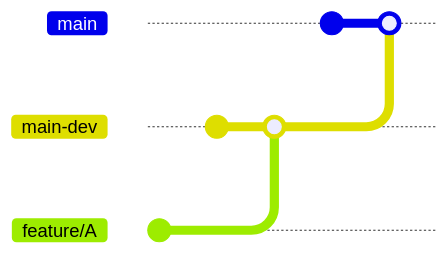
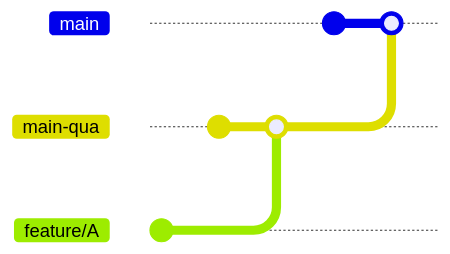
One commit to petitess/markdown changed the first of 4 diagrams in mermaid04.md. Above: the diagram before and after it, drawn with Mermaid. Commit ids are hidden.

````diff
--- a/mermaid04.md
+++ b/mermaid04.md
@@ -1,13 +1,13 @@
 ```mermaid
 
 gitGraph
-       branch main-dev
+       branch main-qua
        branch feature/A
        commit
-       checkout main-dev
+       checkout main-qua
        commit
        merge feature/A
        checkout main
        commit
-       merge main-dev
+       merge main-qua
 ```
````
